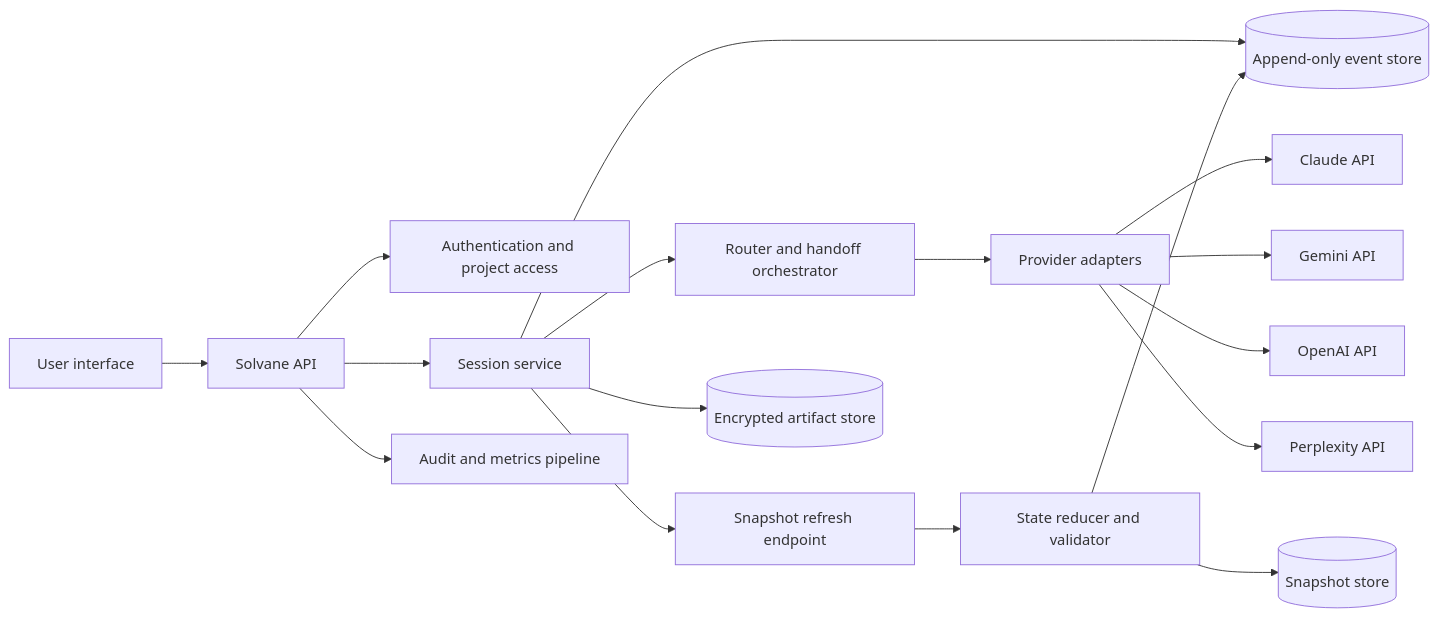
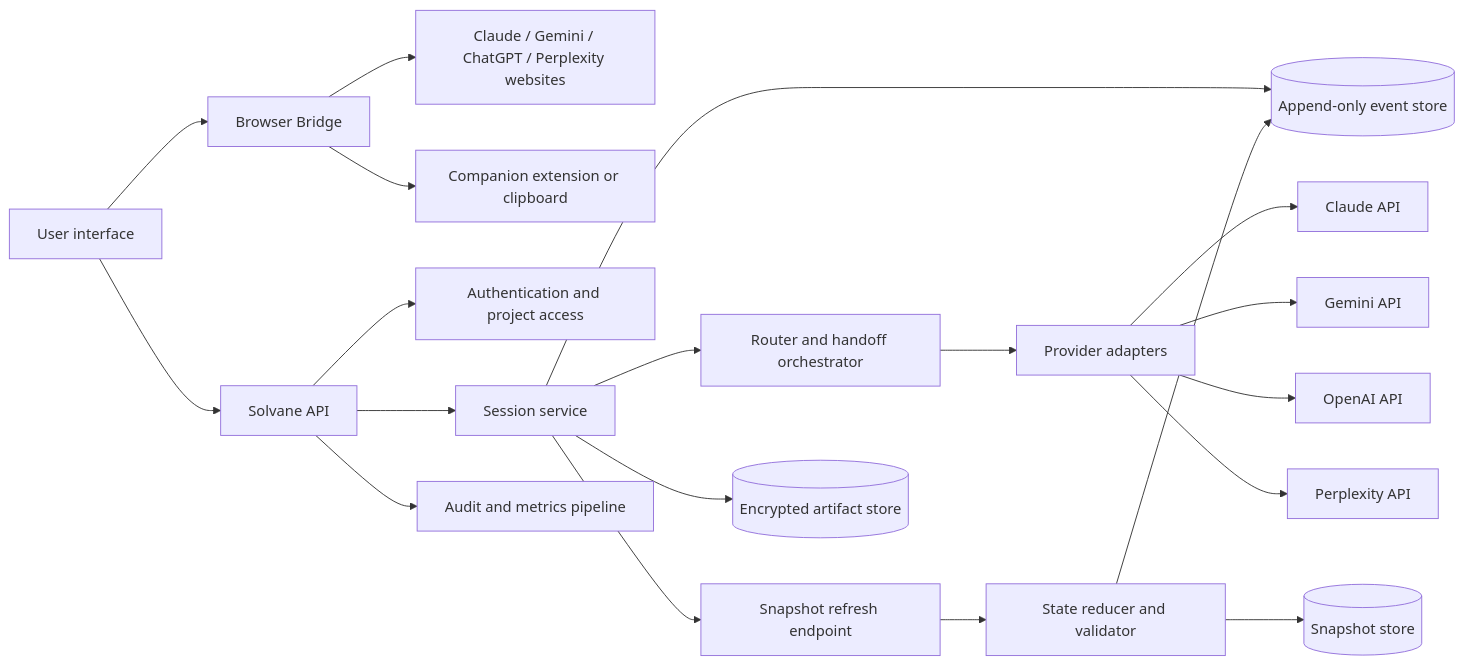
The first of 2 diagrams in docs/01-system-architecture.md (haiderimran019/Solvane), drawn with Mermaid before and after one commit. The commit also changed other lines of this file and 35 other files, not shown here.

````diff
--- a/docs/01-system-architecture.md
+++ b/docs/01-system-architecture.md
@@ -13,19 +22,22 @@
 ```mermaid
 flowchart LR
   U[User interface] --> API[Solvane API]
+  U --> BB[Browser Bridge]
+  BB --> CW[Claude / Gemini / ChatGPT / Perplexity websites]
+  BB --> EX[Companion extension or clipboard]
   API --> AUTH[Authentication and project access]
   API --> SVC[Session service]
   SVC --> ES[(Append-only event store)]
   SVC --> RT[Router and handoff orchestrator]
   RT --> PA[Provider adapters]
   PA --> C[Claude API]
   PA --> G[Gemini API]
   PA --> O[OpenAI API]
   PA --> P[Perplexity API]
   SVC --> SNAP[Snapshot refresh endpoint]
   SNAP --> RED[State reducer and validator]
   RED --> SS[(Snapshot store)]
   RED --> ES
   SVC --> ART[(Encrypted artifact store)]
   API --> AUD[Audit and metrics pipeline]
 ```
````
